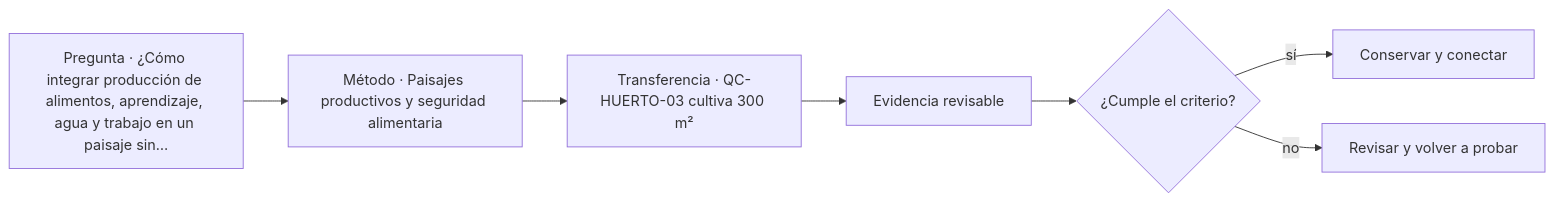
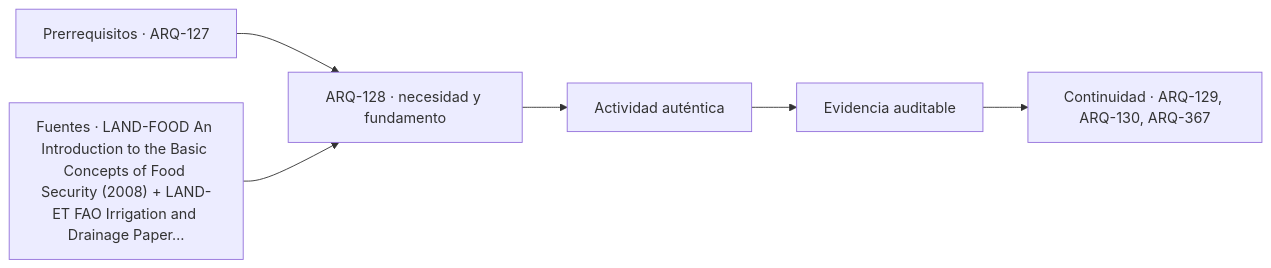
The diagram in classes/parte-13/ARQ-128.md (vladimiracunadev-create/architecture-built-environment-learning-program), drawn with Mermaid before and after one commit. The commit also changed other lines of this file and 761 other files, not shown here.

````diff
--- a/classes/parte-13/ARQ-128.md
+++ b/classes/parte-13/ARQ-128.md
@@ -120,9 +132,8 @@
 ```mermaid
 flowchart LR
-    Q["Pregunta · ¿Cómo integrar producción de alimentos, aprendizaje, agua y trabajo en un paisaje sin…"] --> M["Método · Paisajes productivos y seguridad alimentaria"]
-    M --> P["Transferencia · QC-HUERTO-03 cultiva 300 m²"]
-    P --> E["Evidencia revisable"]
-    E --> C{"¿Cumple el criterio?"}
-    C -->|sí| T["Conservar y conectar"]
-    C -->|no| R["Revisar y volver a probar"]
+    A["Prerrequisitos · ARQ-127"] --> B["ARQ-128 · necesidad y fundamento"]
+    S["Fuentes · LAND-FOOD An Introduction to the Basic Concepts of Food Security (2008) + LAND-ET FAO Irrigation and Drainage Paper…"] --> B
+    B --> C["Actividad auténtica"]
+    C --> D["Evidencia auditable"]
+    D --> E["Continuidad · ARQ-129, ARQ-130, ARQ-367"]
 ```
````
